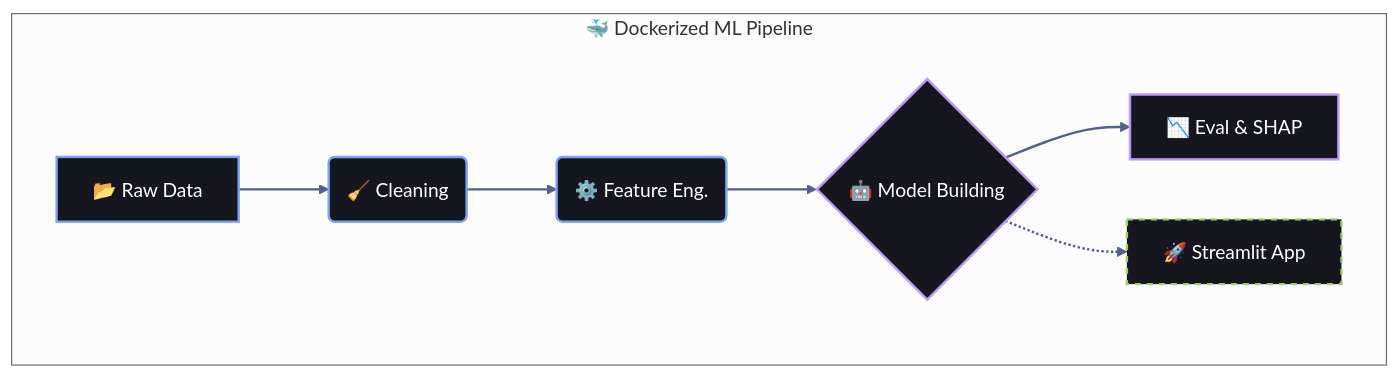
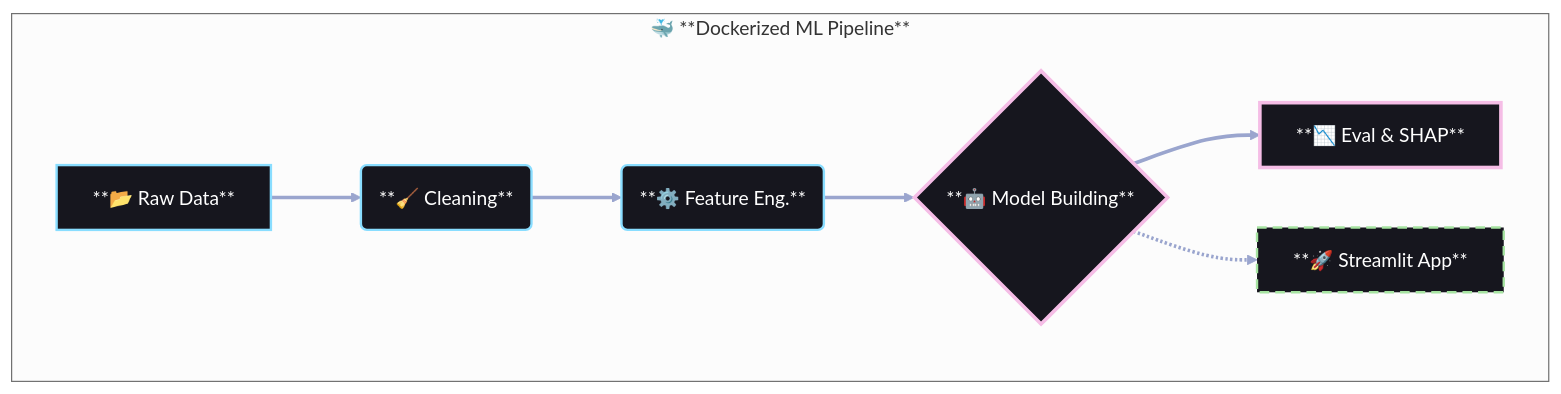
Before and after one commit to chgwyellow/chgwyellow: the diagram in README.md, drawn with Mermaid (neutral theme).

````diff
--- a/README.md
+++ b/README.md
@@ -66,19 +66,18 @@
 ```mermaid
 graph LR
-    classDef data fill:#16161e,stroke:#7aa2f7,stroke-width:2px,color:#fff
-    classDef model fill:#16161e,stroke:#bb9af7,stroke-width:2px,color:#fff
-    classDef deploy fill:#16161e,stroke:#9ece6a,stroke-width:2px,color:#fff,stroke-dasharray: 5 5
+    classDef data fill:#16161e,stroke:#89ddff,stroke-width:2px,color:#fff
+    classDef model fill:#16161e,stroke:#f5bde6,stroke-width:3px,color:#fff
+    classDef deploy fill:#16161e,stroke:#a6e3a1,stroke-width:2px,color:#fff,stroke-dasharray: 8 5
     
-    subgraph Pipeline [🐳 Dockerized ML Pipeline]
+    subgraph Pipeline [🐳 **Dockerized ML Pipeline**]
         direction LR
-        Raw[📂 Raw Data]:::data --> Clean(🧹 Cleaning):::data
-        Clean --> Feat(⚙️ Feature Eng.):::data
-        Feat --> Train{🤖 Model Building}:::model
+        Raw[**📂 Raw Data**]:::data --> Clean(**🧹 Cleaning**):::data
+        Clean --> Feat(**⚙️ Feature Eng.**):::data
+        Feat --> Train{**🤖 Model Building**}:::model
         
-        %% 分支：一邊做評估與解釋，一邊做部署
-        Train --> Eval[📉 Eval & SHAP]:::model
-        Train -.-> App[🚀 Streamlit App]:::deploy
+        Train --> Eval[**📉 Eval & SHAP**]:::model
+        Train -.-> App[**🚀 Streamlit App**]:::deploy
     end
 
-    linkStyle default stroke:#565f89,stroke-width:2px;
+    linkStyle default stroke:#9aa5ce,stroke-width:3px;
 ```
````
